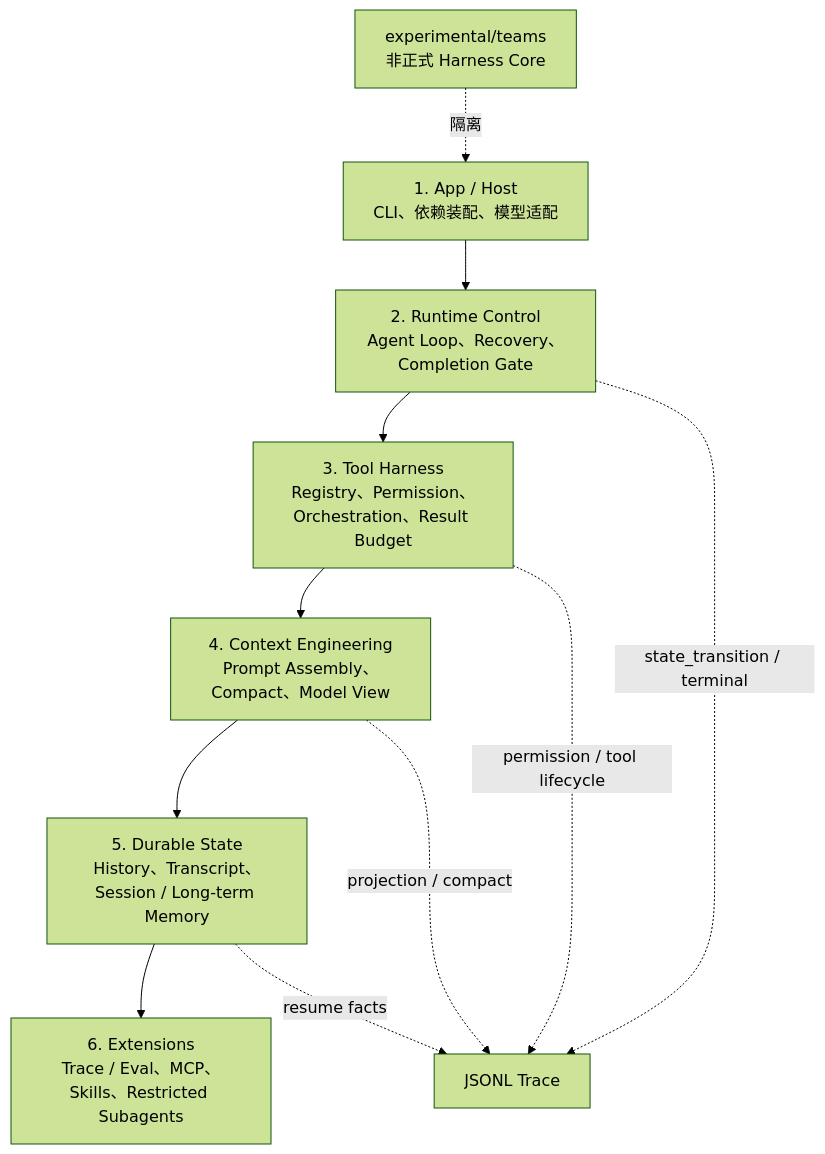
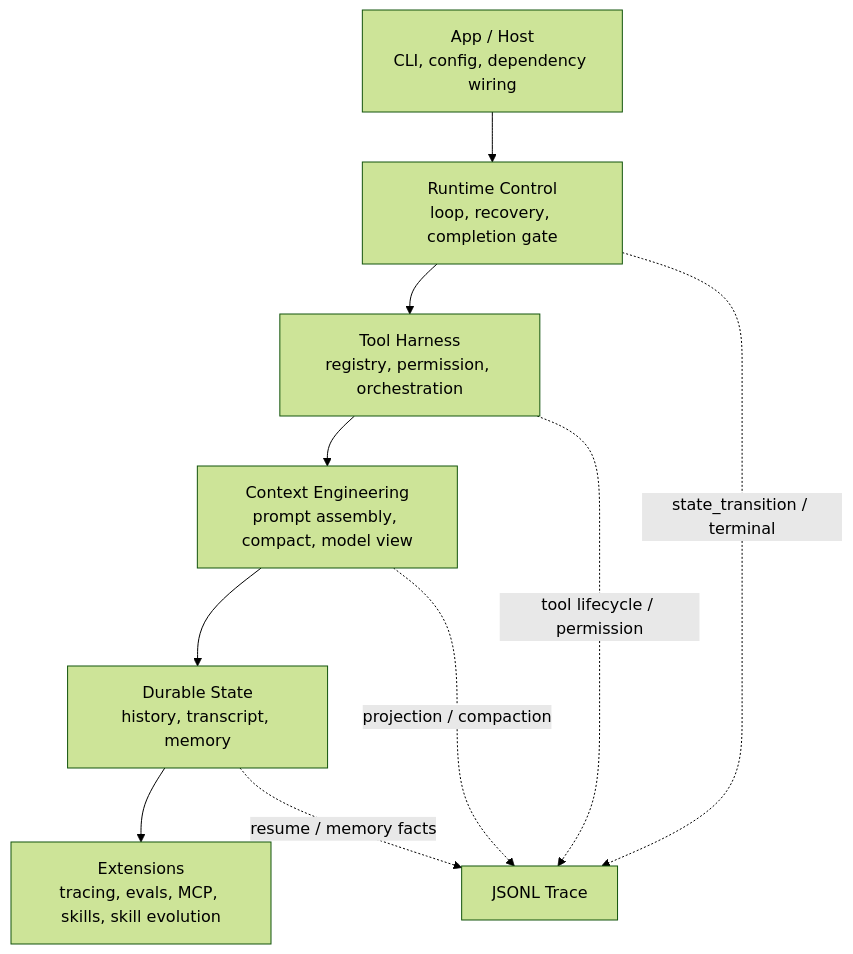
The diagram in README.md (YYHDBL/MyCodeAgent), drawn with Mermaid (forest theme) before and after one commit. The commit also changed other lines of this file and 7 other files, not shown here.

Commit message:
docs: polish readme and add skill evolution lifecycle reports

````diff
--- a/README.md
+++ b/README.md
@@ -15,16 +23,14 @@
 ```mermaid
 flowchart TB
-    A["1. App / Host<br/>CLI、依赖装配、模型适配"] --> B
-    B["2. Runtime Control<br/>Agent Loop、Recovery、Completion Gate"] --> C
-    C["3. Tool Harness<br/>Registry、Permission、Orchestration、Result Budget"] --> D
-    D["4. Context Engineering<br/>Prompt Assembly、Compact、Model View"] --> E
-    E["5. Durable State<br/>History、Transcript、Session / Long-term Memory"] --> F
-    F["6. Extensions<br/>Trace / Eval、MCP、Skills、Restricted Subagents"]
+    A["App / Host<br/>CLI, config, dependency wiring"] --> B
+    B["Runtime Control<br/>loop, recovery, completion gate"] --> C
+    C["Tool Harness<br/>registry, permission, orchestration"] --> D
+    D["Context Engineering<br/>prompt assembly, compact, model view"] --> E
+    E["Durable State<br/>history, transcript, memory"] --> F
+    F["Extensions<br/>tracing, evals, MCP, skills, skill evolution"]
 
     B -. "state_transition / terminal" .-> T["JSONL Trace"]
-    C -. "permission / tool lifecycle" .-> T
-    D -. "projection / compact" .-> T
-    E -. "resume facts" .-> T
-
-    X["experimental/teams<br/>非正式 Harness Core"] -. "隔离" .-> A
+    C -. "tool lifecycle / permission" .-> T
+    D -. "projection / compaction" .-> T
+    E -. "resume / memory facts" .-> T
 ```
````
